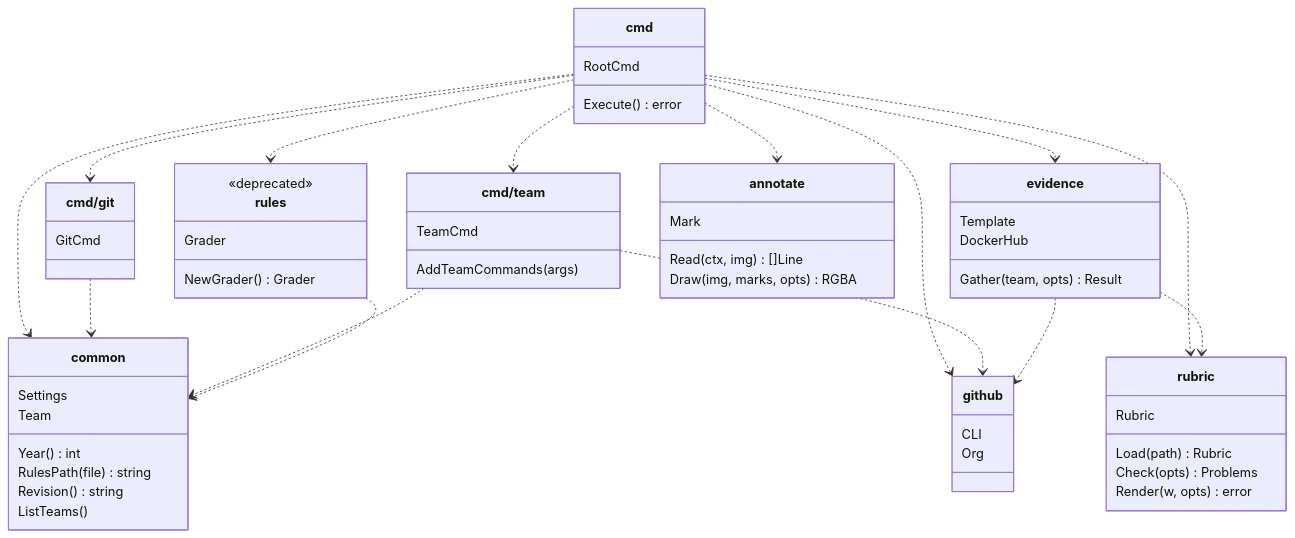
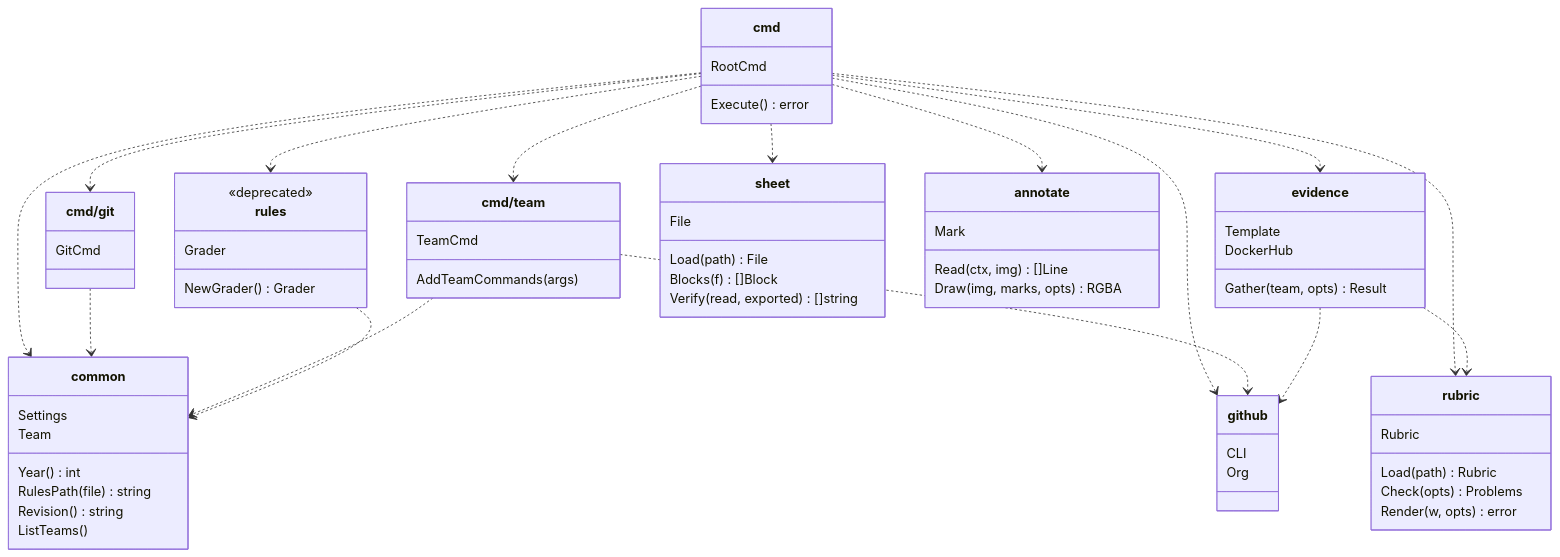
Before and after one commit to mincong-classroom/mc: the diagram in CONTRIBUTING.md, drawn with Mermaid. The commit also changed other lines of this file and 13 other files, not shown here.

````diff
--- a/CONTRIBUTING.md
+++ b/CONTRIBUTING.md
@@ -9,62 +9,69 @@
 ```mermaid
 classDiagram
     direction TB
     class cmd {
         RootCmd
         Execute() error
     }
     class cmd_git["cmd/git"] {
         GitCmd
     }
     class cmd_team["cmd/team"] {
         TeamCmd
         AddTeamCommands(args)
     }
     class rules {
         <<deprecated>>
         Grader
         NewGrader() Grader
     }
     class common {
         Settings
         Team
         Year() int
         RulesPath(file) string
         Revision() string
         ListTeams()
     }
     class github {
         CLI
         Org
     }
     class rubric {
         Rubric
         Load(path) Rubric
         Check(opts) Problems
         Render(w, opts) error
     }
     class evidence {
         Gather(team, opts) Result
         Template
         DockerHub
     }
+    class sheet {
+        File
+        Load(path) File
+        Blocks(f) []Block
+        Verify(read, exported) []string
+    }
     class annotate {
         Mark
         Read(ctx, img) []Line
         Draw(img, marks, opts) RGBA
     }
     cmd ..> cmd_git
     cmd ..> cmd_team
     cmd ..> rules
     cmd ..> common
     cmd ..> evidence
     cmd ..> annotate
+    cmd ..> sheet
     cmd ..> github
     cmd ..> rubric
     cmd_git ..> common
     cmd_team ..> common
     cmd_team ..> github
     rules ..> common
     evidence ..> github
     evidence ..> rubric
 ```
````
